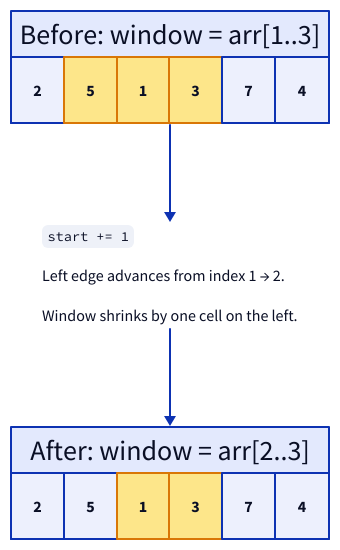
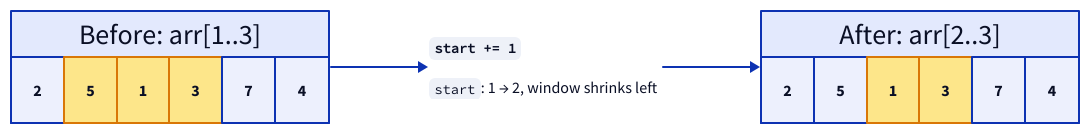
Before and after one commit to ani2fun/note-book: the second of 18 diagrams in src/computer-science/DSA/data-structures/1.arrays/08-pattern-variable-sliding-window.md, drawn with D2. The commit also changed other lines of this file, not shown here.

Commit message:
DSA variable window: lay out Rubber Band diagram horizontally
direction: right makes before → op → after flow side-by-side, dropping
the rendered height from ~770px to ~314px without losing clarity.
Slightly trimmed the container labels and op text to match.

````diff
--- a/src/computer-science/DSA/data-structures/1.arrays/08-pattern-variable-sliding-window.md
+++ b/src/computer-science/DSA/data-structures/1.arrays/08-pattern-variable-sliding-window.md
@@ -71,34 +71,34 @@
 ```d2
-compress_before: "Before: window = arr[1..3]" {
+direction: right
+
+compress_before: "Before: arr[1..3]" {
   grid-columns: 6
   grid-gap: 0
   a0: "2"
   a1: "5" {style.fill: "#fde68a"; style.stroke: "#d97706"}
   a2: "1" {style.fill: "#fde68a"; style.stroke: "#d97706"}
   a3: "3" {style.fill: "#fde68a"; style.stroke: "#d97706"}
   a4: "7"
   a5: "4"
 }
 
 compress_op: |md
-  `start += 1`
+  **`start += 1`**
 
-  Left edge advances from index 1 → 2.
-
-  Window shrinks by one cell on the left.
+  `start`: 1 → 2, window shrinks left
 |
 
-compress_after: "After: window = arr[2..3]" {
+compress_after: "After: arr[2..3]" {
   grid-columns: 6
   grid-gap: 0
   b0: "2"
   b1: "5"
   b2: "1" {style.fill: "#fde68a"; style.stroke: "#d97706"}
   b3: "3" {style.fill: "#fde68a"; style.stroke: "#d97706"}
   b4: "7"
   b5: "4"
 }
 
 compress_before -> compress_op
 compress_op -> compress_after
 ```
````
